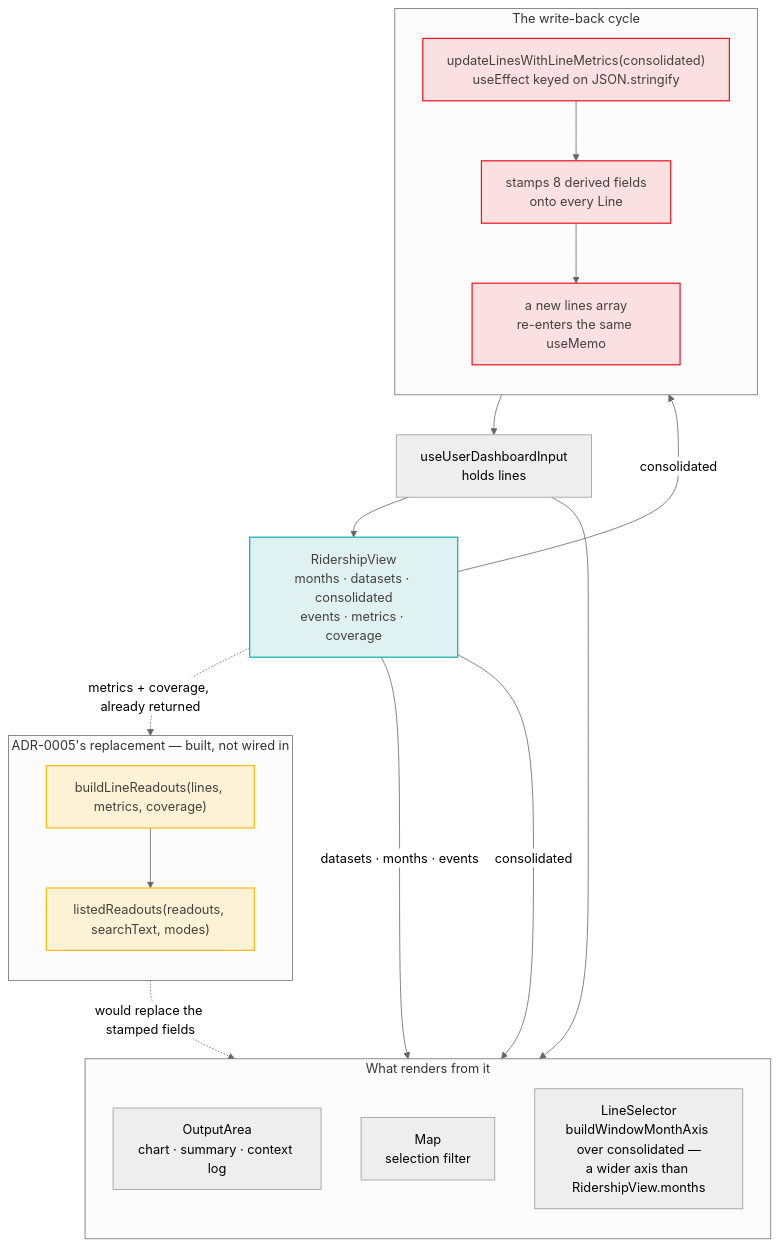
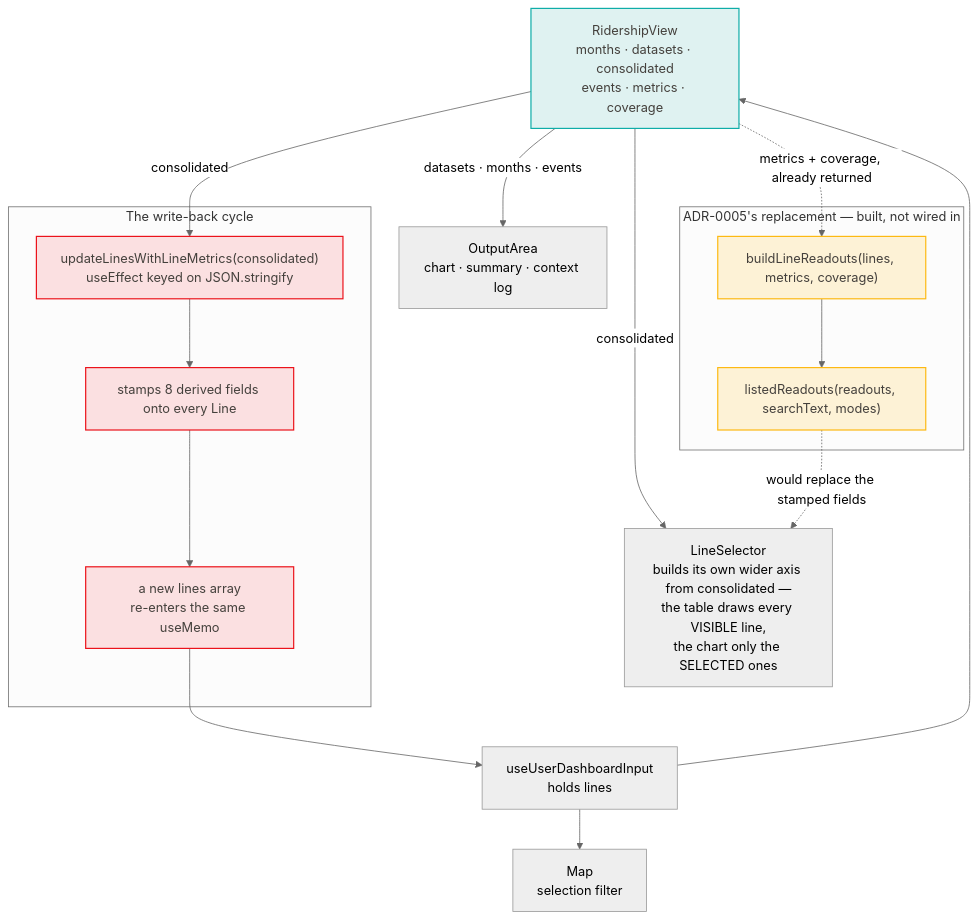
The diagram in docs/architecture/mermaid/06-runtime-consume-and-writeback.mmd (streetsforall/metro_ridership_app), drawn with Mermaid (neutral theme) before and after one commit. The commit also changed 9 other files, not shown here.

```diff
--- a/docs/architecture/mermaid/06-runtime-consume-and-writeback.mmd
+++ b/docs/architecture/mermaid/06-runtime-consume-and-writeback.mmd
@@ -1,43 +1,39 @@
 flowchart TB
   view["RidershipView<br/>months · datasets · consolidated<br/>events · metrics · coverage"]
 
-  subgraph rendering["What renders from it"]
-    direction TB
-    outputArea["OutputArea<br/>chart · summary · context log"]
-    mapCmp["Map<br/>selection filter"]
-    lineSelector["LineSelector<br/>buildWindowMonthAxis over consolidated —<br/>a wider axis than RidershipView.months"]
-  end
+  outputArea["OutputArea<br/>chart · summary · context log"]
+  lineSelector["LineSelector<br/>builds its own wider axis from consolidated —<br/>the table draws every VISIBLE line,<br/>the chart only the SELECTED ones"]
+  mapCmp["Map<br/>selection filter"]
 
   subgraph loop["The write-back cycle"]
-    direction TB
     writeback["updateLinesWithLineMetrics(consolidated)<br/>useEffect keyed on JSON.stringify"]
-    stamp["stamps 8 derived fields<br/>onto every Line"]
+    stamp["stamps 8 derived fields onto every Line"]
     fresh["a new lines array<br/>re-enters the same useMemo"]
     writeback --> stamp --> fresh
   end
 
   hook["useUserDashboardInput<br/>holds lines"]
 
   subgraph replacement["ADR-0005's replacement — built, not wired in"]
-    direction TB
     readouts["buildLineReadouts(lines, metrics, coverage)"]
     listed["listedReadouts(readouts, searchText, modes)"]
     readouts --> listed
   end
 
   view -- "datasets · months · events" --> outputArea
   view -- "consolidated" --> lineSelector
   view -- "consolidated" --> writeback
+  view -. "metrics + coverage, already returned" .-> readouts
+
   fresh --> hook
   hook --> mapCmp
   hook --> view
 
-  view -. "metrics + coverage, already returned" .-> readouts
   listed -. "would replace the stamped fields" .-> lineSelector
 
   classDef key fill:#dff2f1,stroke:#0fada8,stroke-width:1.5px,color:#44403c
   classDef cycle fill:#fbe0e1,stroke:#eb131b,stroke-width:1.5px,color:#44403c
   classDef pending fill:#fdf2d6,stroke:#fdb913,stroke-width:1.5px,color:#44403c
   class view key
   class writeback,stamp,fresh cycle
   class readouts,listed pending
```
